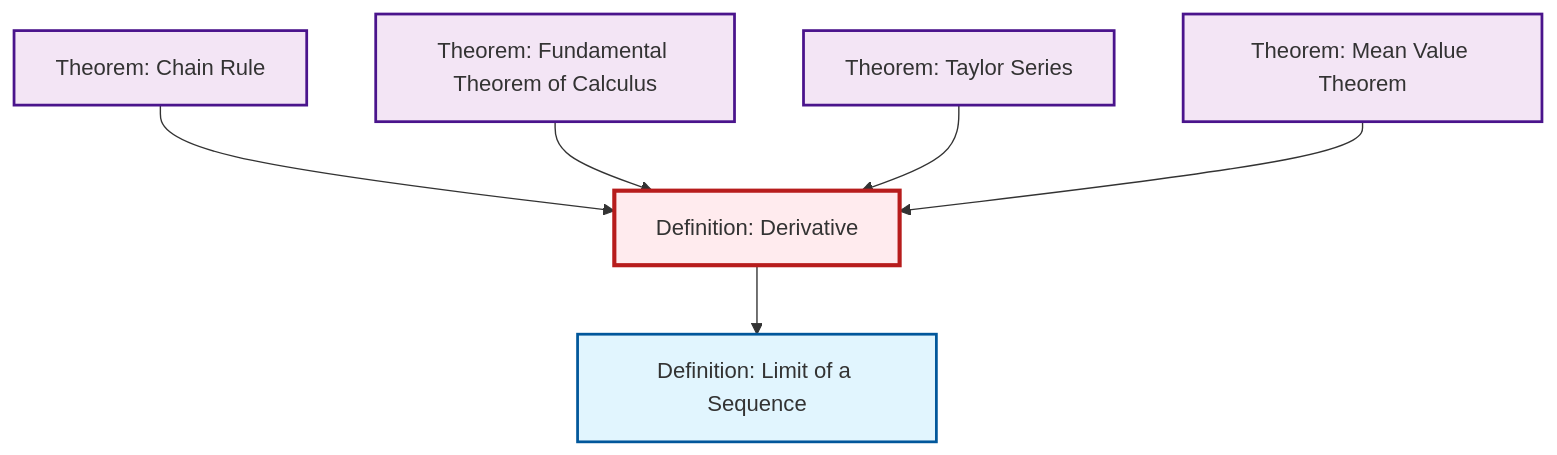
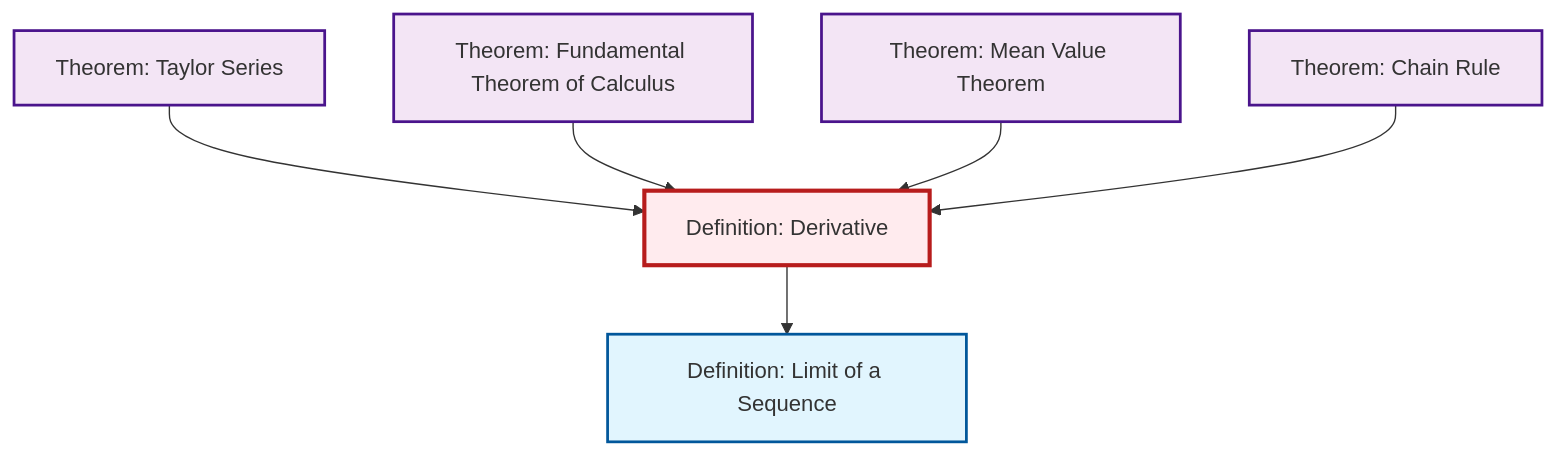
Before and after one commit to RK0429/ModernMath: the second of 2 diagrams in content/en/analysis/def-derivative.qmd, drawn with Mermaid. The commit also changed other lines of this file and 1069 other files, not shown here.

````diff
--- a/content/en/analysis/def-derivative.qmd
+++ b/content/en/analysis/def-derivative.qmd
@@ -88,26 +88,26 @@
 ```{mermaid}
 %%| fig-cap: "Local dependency graph"
 graph TD
     classDef definition fill:#e1f5fe,stroke:#01579b,stroke-width:2px
     classDef theorem fill:#f3e5f5,stroke:#4a148c,stroke-width:2px
     classDef axiom fill:#fff3e0,stroke:#e65100,stroke-width:2px
     classDef example fill:#e8f5e9,stroke:#1b5e20,stroke-width:2px
     classDef current fill:#ffebee,stroke:#b71c1c,stroke-width:3px
+    thm-chain-rule["Theorem: Chain Rule"]:::theorem
+    def-limit["Definition: Limit of a Sequence"]:::definition
+    thm-fundamental-calculus["Theorem: Fundamental Theorem of Calculus"]:::theorem
+    thm-mean-value["Theorem: Mean Value Theorem"]:::theorem
+    thm-taylor-series["Theorem: Taylor Series"]:::theorem
     def-derivative["Definition: Derivative"]:::definition
-    thm-taylor-series["Theorem: Taylor Series"]:::theorem
-    thm-fundamental-calculus["Theorem: Fundamental Theorem of Calculus"]:::theorem
-    def-limit["Definition: Limit of a Sequence"]:::definition
-    thm-mean-value["Theorem: Mean Value Theorem"]:::theorem
-    thm-chain-rule["Theorem: Chain Rule"]:::theorem
+    thm-taylor-series --> def-derivative
+    thm-fundamental-calculus --> def-derivative
+    thm-mean-value --> def-derivative
+    def-derivative --> def-limit
     thm-chain-rule --> def-derivative
-    thm-fundamental-calculus --> def-derivative
-    thm-taylor-series --> def-derivative
-    def-derivative --> def-limit
-    thm-mean-value --> def-derivative
     class def-derivative current
+    click thm-chain-rule "thm-chain-rule.html" "Go to Chain Rule theorem"
+    click def-limit "def-limit.html" "Go to Limit of a Sequence definition"
+    click thm-fundamental-calculus "thm-fundamental-calculus.html" "Go to Fundamental Theorem of Calculus theorem"
+    click thm-mean-value "thm-mean-value.html" "Go to Mean Value Theorem theorem"
     click thm-taylor-series "thm-taylor-series.html" "Go to Taylor Series theorem"
-    click thm-fundamental-calculus "thm-fundamental-calculus.html" "Go to Fundamental Theorem of Calculus theorem"
-    click def-limit "def-limit.html" "Go to Limit of a Sequence definition"
-    click thm-mean-value "thm-mean-value.html" "Go to Mean Value Theorem theorem"
-    click thm-chain-rule "thm-chain-rule.html" "Go to Chain Rule theorem"
 ```
````
